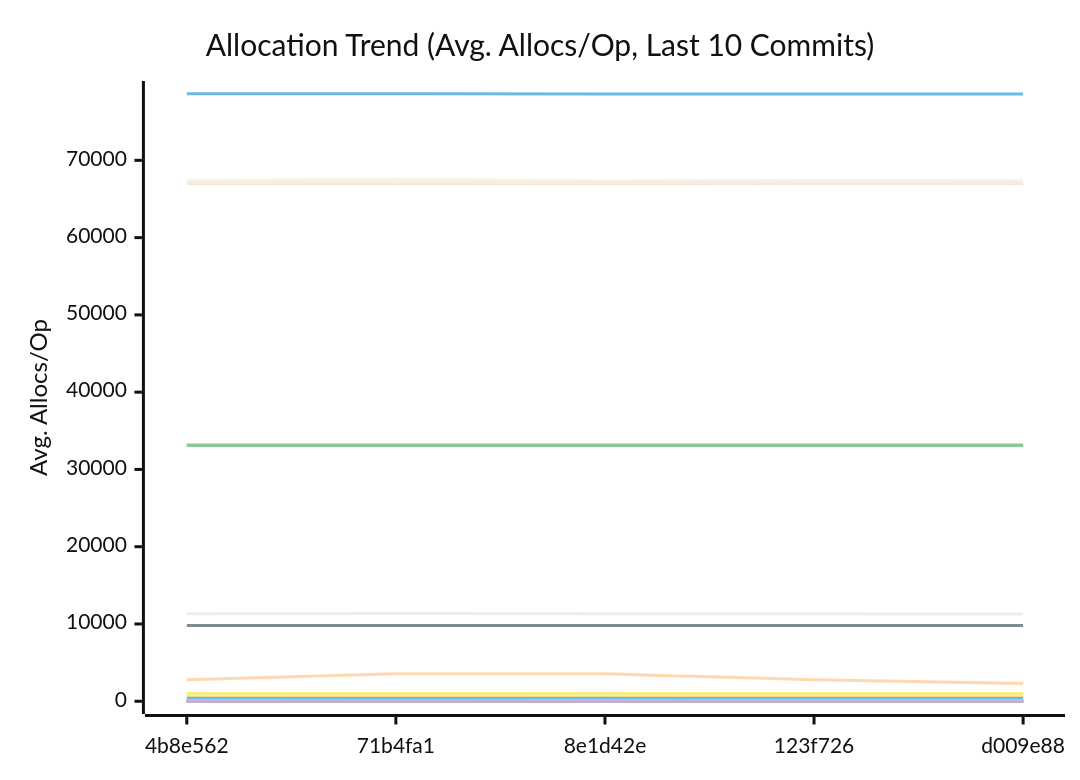
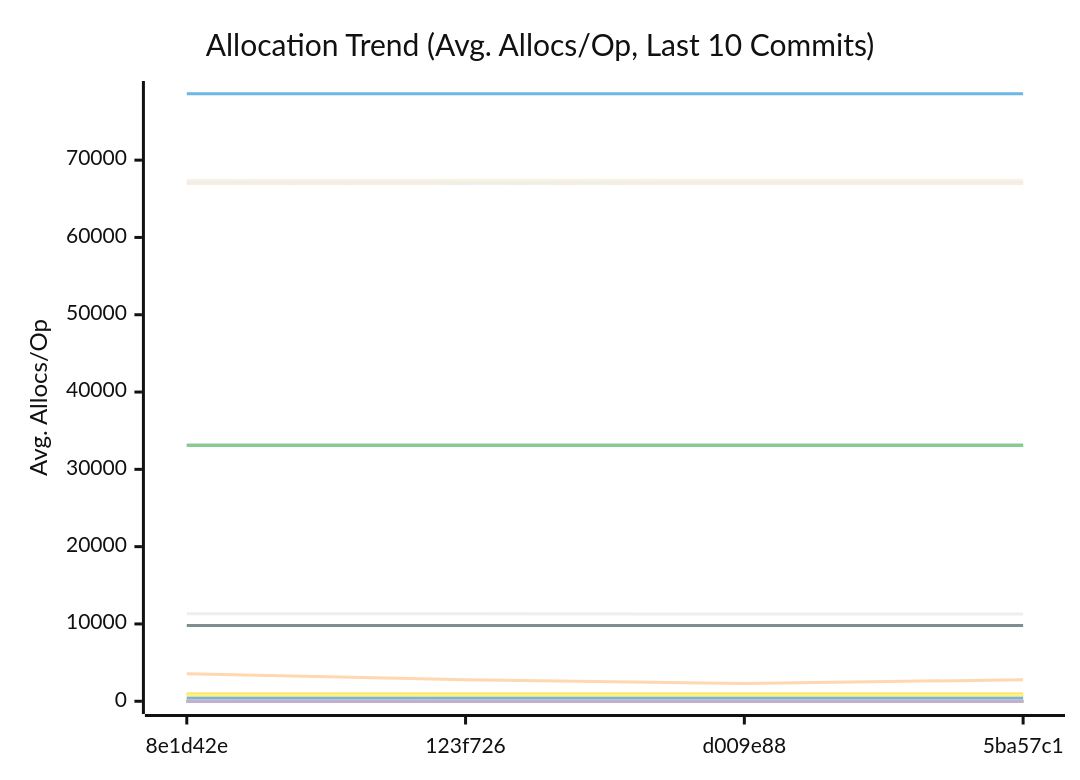
The third of 3 diagrams in docs/PERFORMANCE.md (alsotoes/momo), drawn with Mermaid (neutral theme) before and after one commit. The commit also changed other lines of this file and 1 other file, not shown here.

````diff
--- a/docs/PERFORMANCE.md
+++ b/docs/PERFORMANCE.md
@@ -360,44 +360,44 @@
 ```mermaid
 xychart-beta
     title "Allocation Trend (Avg. Allocs/Op, Last 10 Commits)"
     x-axis "Commit"
     y-axis "Avg. Allocs/Op"
-    x-axis [4b8e562,71b4fa1,8e1d42e,123f726,d009e88]
-    line "AWSChunkedReaderSigned" [11329,11352,11316,11313,11300,11299,11305,11315,11352,11288]
-    line "AWSChunkedReaderUnsigned" [78603,78618,78588,78582,78589,78575,78586,78603,78609,78561]
+    x-axis [8e1d42e,123f726,d009e88,5ba57c1]
+    line "AWSChunkedReaderSigned" [11316,11313,11300,11299,11305,11315,11352,11288,11282,11307]
+    line "AWSChunkedReaderUnsigned" [78588,78582,78589,78575,78586,78603,78609,78561,78569,78579]
     line "CheckMetricsAndSwap" [0,0,0,0,0,0,0,0,0,0]
     line "CrushOptimized" [0,0,0,0,0,0,0,0,0,0]
     line "CrushOriginal" [3,3,3,3,3,3,3,3,3,3]
     line "FormatListObjectsV2XML_AppendFormat" [16,16,16,16,16,16,16,16,16,16]
     line "FormatListObjectsV2XML_OldFormat" [1000,1000,1000,1000,1000,1000,1000,1000,1000,1000]
     line "HashBytes/1MiB" [64,64,64,64,64,64,64,64,64,64]
     line "HashBytes/256MiB" [64,64,64,64,64,64,64,64,64,64]
     line "HashBytes/64MiB" [64,64,64,64,64,64,64,64,64,64]
     line "HashFile/1MiB" [33128,33128,33128,33128,33128,33128,33128,33128,33128,33128]
     line "HashFile/256MiB" [33128,33128,33128,33128,33128,33128,33128,33128,33128,33128]
     line "HashFile/64MiB" [33128,33128,33128,33128,33128,33128,33128,33128,33128,33128]
     line "IndexDirectTracking" [0,0,0,0,0,0,0,0,0,0]
     line "IndexSearch" [0,0,0,0,0,0,0,0,0,0]
     line "LastModifiedHeader_AppendFormat" [0,0,0,0,0,0,0,0,0,0]
     line "LastModifiedHeader_Format" [1,1,1,1,1,1,1,1,1,1]
     line "LoadGlobalConfig" [58,58,58,58,58,58,58,58,58,58]
-    line "LocalWrite/1MiB" [67030,67036,67032,67034,67035,67028,67030,67029,67036,67031]
-    line "LocalWrite/256MiB" [67386,67552,67369,67393,67386,67388,67358,67330,67465,67275]
-    line "LocalWrite/64MiB" [67102,67105,67107,67056,67086,67077,67086,67071,67103,67070]
+    line "LocalWrite/1MiB" [67032,67034,67035,67028,67030,67029,67036,67031,67028,67030]
+    line "LocalWrite/256MiB" [67369,67393,67386,67388,67358,67330,67465,67275,67218,67324]
+    line "LocalWrite/64MiB" [67107,67056,67086,67077,67086,67071,67103,67070,67080,67067]
     line "PadString" [1,1,1,1,1,1,1,1,1,1]
     line "ParseReplicationOrder_NoPrealloc" [6,6,6,6,6,5,5,5,5,5]
     line "ParseReplicationOrder_Prealloc" [2,2,2,2,2,1,1,1,1,1]
     line "Placement" [6,6,6,6,6,6,6,6,6,6]
     line "PlacementDomainSpread" [6,6,6,6,6,6,6,6,6,6]
-    line "ReadVerify/1MiB" [468,479,467,465,462,461,460,460,484,458]
-    line "ReadVerify/256MiB" [9808,9808,9808,9808,9808,9808,5120,5120,9808,9808]
-    line "ReadVerify/64MiB" [2776,3557,3557,2776,2307,2776,2776,2776,2776,2307]
+    line "ReadVerify/1MiB" [467,465,462,461,460,460,484,458,466,460]
+    line "ReadVerify/256MiB" [9808,9808,9808,9808,5120,5120,9808,9808,5120,5120]
+    line "ReadVerify/64MiB" [3557,2776,2307,2776,2776,2776,2776,2307,2307,2307]
     line "S3PutSpool/1MiB" [447,447,447,447,447,447,447,447,447,447]
     line "S3PutSpool/256MiB" [448,448,448,448,448,448,448,448,448,448]
-    line "S3PutSpool/64MiB" [448,448,448,448,448,446,448,448,448,448]
+    line "S3PutSpool/64MiB" [448,448,448,446,448,448,448,448,448,448]
     line "SanitizeLog/Safe" [0,0,0,0,0,0,0,0,0,0]
     line "SanitizeLog/Unsafe" [1,1,1,1,1,1,1,1,1,1]
-    line "TrustedRead/1MiB" [840,800,834,800,800,800,800,830,800,827]
+    line "TrustedRead/1MiB" [834,800,800,800,800,830,800,827,800,800]
     line "TrustedRead/256MiB" [800,800,800,800,800,800,800,800,800,800]
     line "TrustedRead/64MiB" [800,800,800,800,800,800,800,800,800,800]
 ```
````
